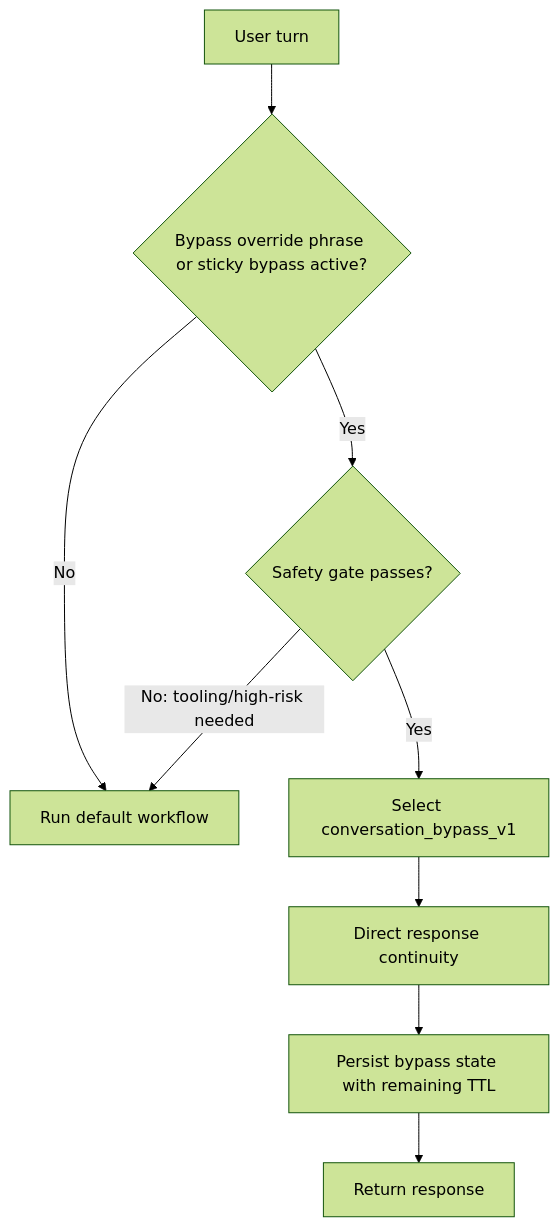
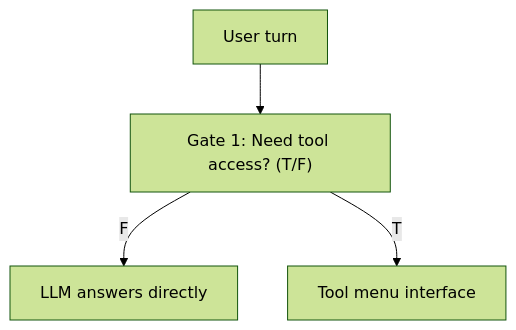
The second of 4 diagrams in docs/workspace/orchestration_workflow_maps.md (jakerslam/protheus), drawn with Mermaid (forest theme) before and after one commit. The commit also changed other lines of this file and 258 other files, not shown here.

````diff
--- a/docs/workspace/orchestration_workflow_maps.md
+++ b/docs/workspace/orchestration_workflow_maps.md
@@ -30,11 +29,6 @@
 ```mermaid
 flowchart TD
-    A[User turn] --> B{Bypass override phrase or sticky bypass active?}
-    B -->|No| C[Run default workflow]
-    B -->|Yes| D{Safety gate passes?}
-    D -->|No: tooling/high-risk needed| C
-    D -->|Yes| E[Select conversation_bypass_v1]
-    E --> F[Direct response continuity]
-    F --> G[Persist bypass state with remaining TTL]
-    G --> H[Return response]
+    A[User turn] --> B["Gate 1: Need tool access? (T/F)"]
+    B -->|F| C[LLM answers directly]
+    B -->|T| D[Tool menu interface]
 ```
````
